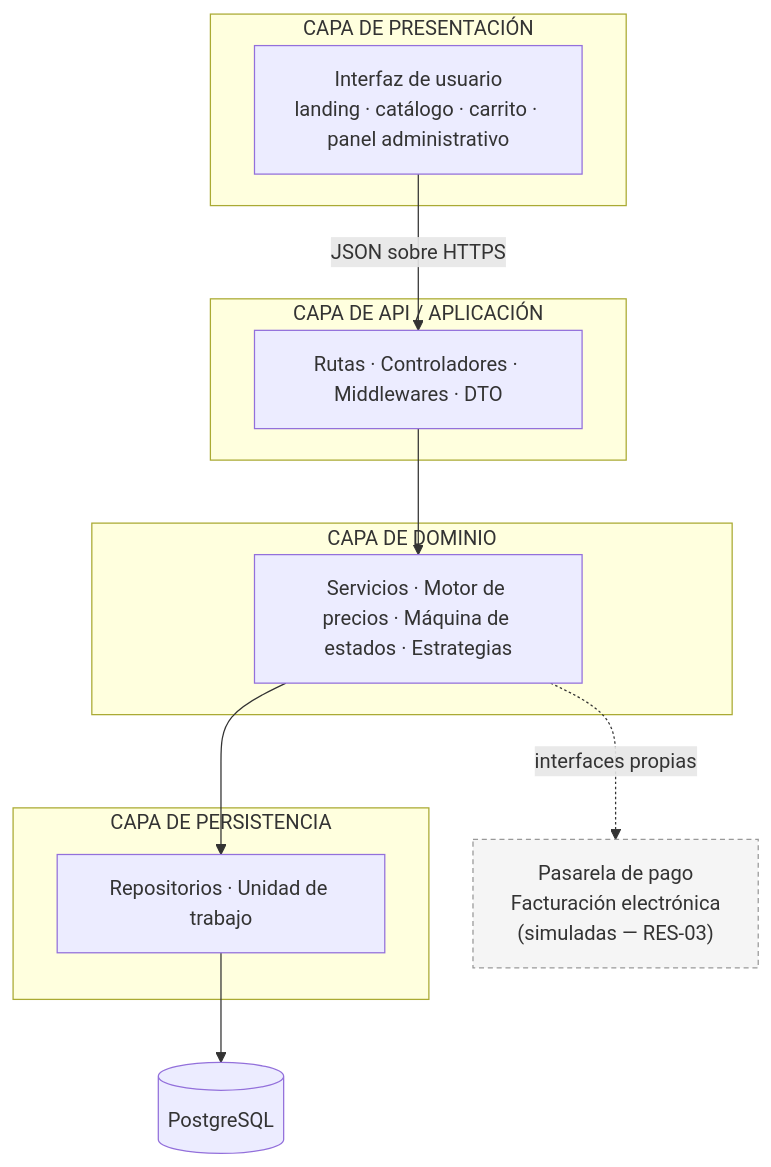
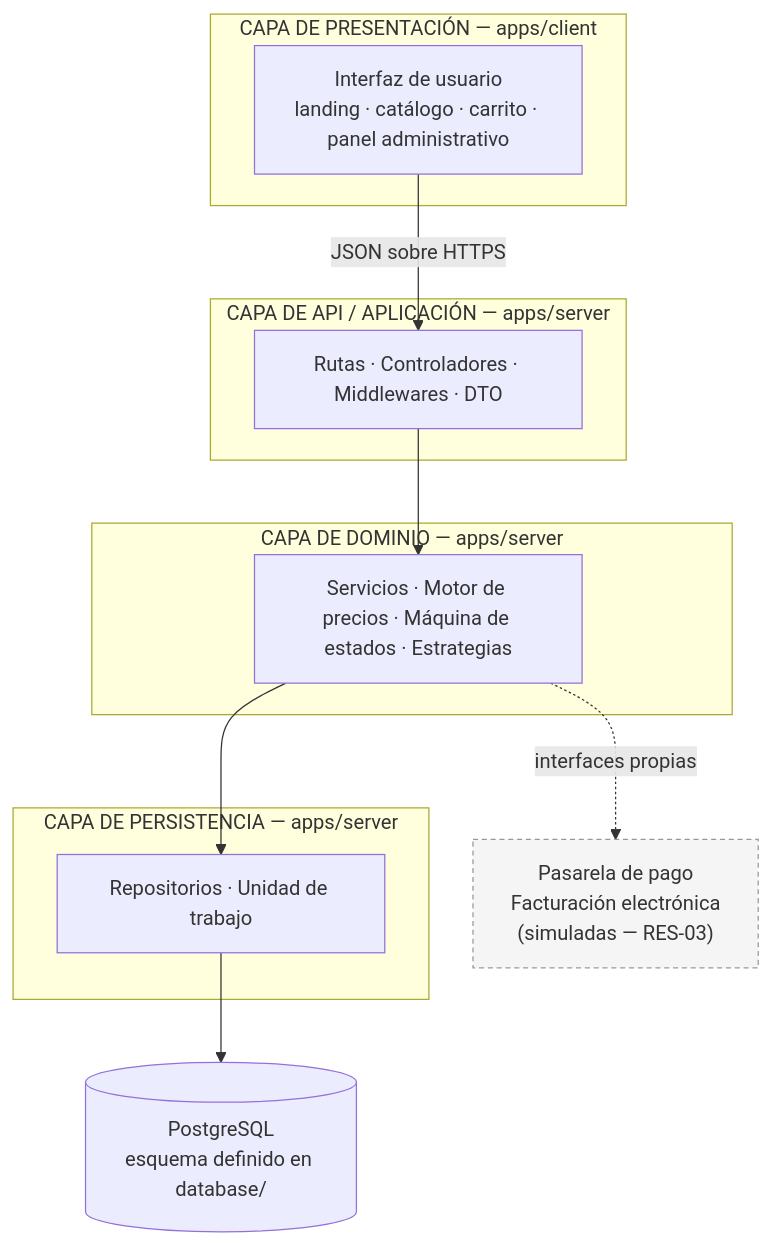
Before and after one commit to juanselospi/21CoPilots_PIBasesIngesoft: the first of 8 diagrams in documentos/diseño/arquitectura.md, drawn with Mermaid. The commit also changed other lines of this file and 7 other files, not shown here.

````diff
--- a/documentos/diseño/arquitectura.md
+++ b/documentos/diseño/arquitectura.md
@@ -82,24 +116,24 @@
 ```mermaid
 flowchart TD
-    subgraph P["CAPA DE PRESENTACIÓN"]
+    subgraph P["CAPA DE PRESENTACIÓN — apps/client"]
         UI["Interfaz de usuario<br/>landing · catálogo · carrito · panel administrativo"]
     end
-    subgraph A["CAPA DE API / APLICACIÓN"]
+    subgraph A["CAPA DE API / APLICACIÓN — apps/server"]
         HTTP["Rutas · Controladores · Middlewares · DTO"]
     end
-    subgraph D["CAPA DE DOMINIO"]
+    subgraph D["CAPA DE DOMINIO — apps/server"]
         SRV["Servicios · Motor de precios · Máquina de estados · Estrategias"]
     end
-    subgraph I["CAPA DE PERSISTENCIA"]
+    subgraph I["CAPA DE PERSISTENCIA — apps/server"]
         REPO["Repositorios · Unidad de trabajo"]
     end
 
     UI -->|JSON sobre HTTPS| HTTP
     HTTP --> SRV
     SRV --> REPO
-    REPO --> DB[("PostgreSQL")]
+    REPO --> DB[("PostgreSQL<br/>esquema definido en database/")]
     SRV -.->|interfaces propias| EXT["Pasarela de pago<br/>Facturación electrónica<br/>(simuladas — RES-03)"]
 
     classDef externo fill:#f5f5f5,stroke:#999,stroke-dasharray:4 3;
     class EXT externo;
 ```
````
